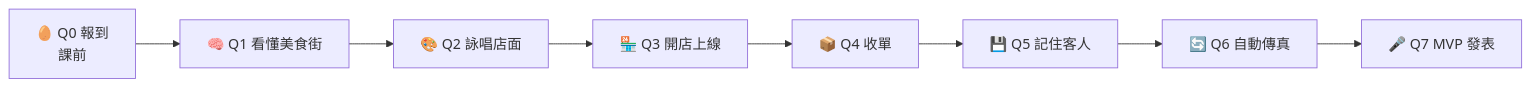
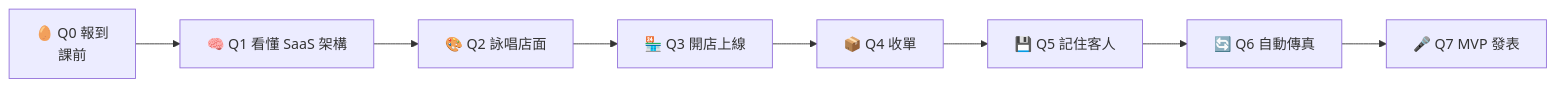
The first of 2 diagrams in README.md (cychiang-ntpu/VibeNTPU), drawn with Mermaid before and after one commit. The commit also changed other lines of this file and 37 other files, not shown here.

First line of the commit message:
Switch workflow to VS Code + GitHub Copilot; add social-media SaaS architecture

````diff
--- a/README.md
+++ b/README.md
@@ -48,5 +51,5 @@
 ```mermaid
 flowchart LR
-    Q0["🥚 Q0 報到<br/>課前"] --> Q1["🧠 Q1 看懂美食街"] --> Q2["🎨 Q2 詠唱店面"] --> Q3["🏪 Q3 開店上線"]
+    Q0["🥚 Q0 報到<br/>課前"] --> Q1["🧠 Q1 看懂 SaaS 架構"] --> Q2["🎨 Q2 詠唱店面"] --> Q3["🏪 Q3 開店上線"]
     Q3 --> Q4["📦 Q4 收單"] --> Q5["💾 Q5 記住客人"] --> Q6["🔄 Q6 自動傳真"] --> Q7["🎤 Q7 MVP 發表"]
 ```
````
